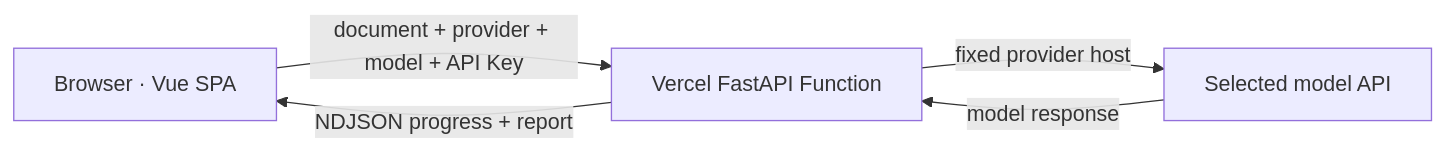
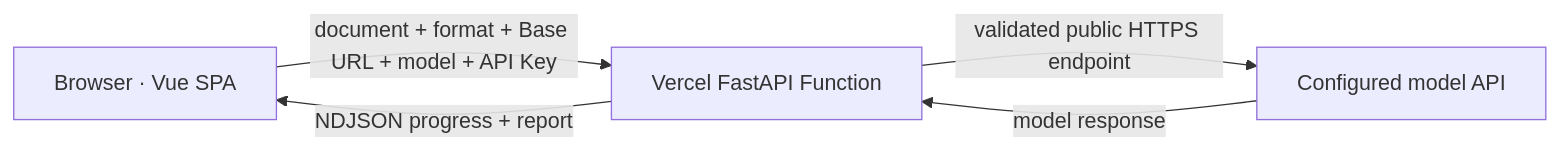
One commit to Maropion03/awesome-requirement-review-agent changed the diagram in documentation/architecture.md. Above: the diagram before and after it, drawn with Mermaid. The commit also changed other lines of this file and 28 other files, not shown here.

Commit message:
feat: configure models by API format

````diff
--- a/documentation/architecture.md
+++ b/documentation/architecture.md
@@ -9,7 +9,7 @@
 ```mermaid
 flowchart LR
-    B["Browser · Vue SPA"] -->|"document + provider + model + API Key"| V["Vercel FastAPI Function"]
-    V -->|"fixed provider host"| P["Selected model API"]
+    B["Browser · Vue SPA"] -->|"document + format + Base URL + model + API Key"| V["Vercel FastAPI Function"]
+    V -->|"validated public HTTPS endpoint"| P["Configured model API"]
     P -->|"model response"| V
     V -->|"NDJSON progress + report"| B
 ```
````
